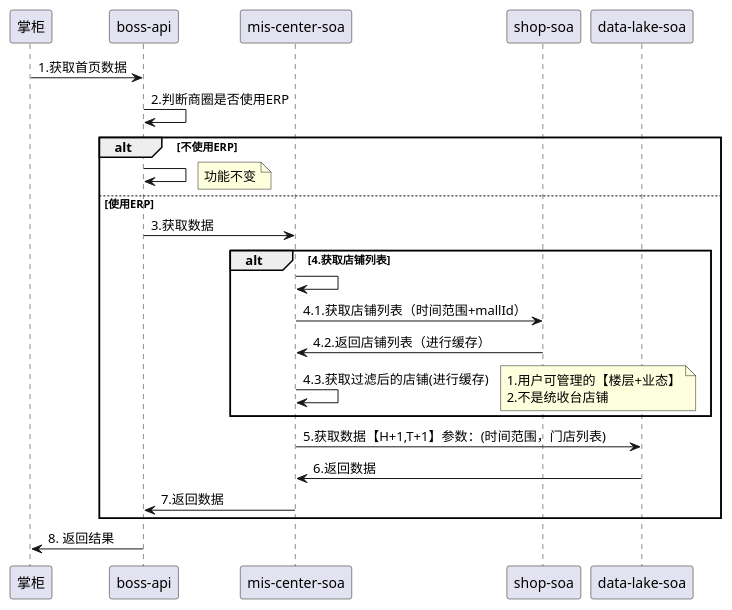
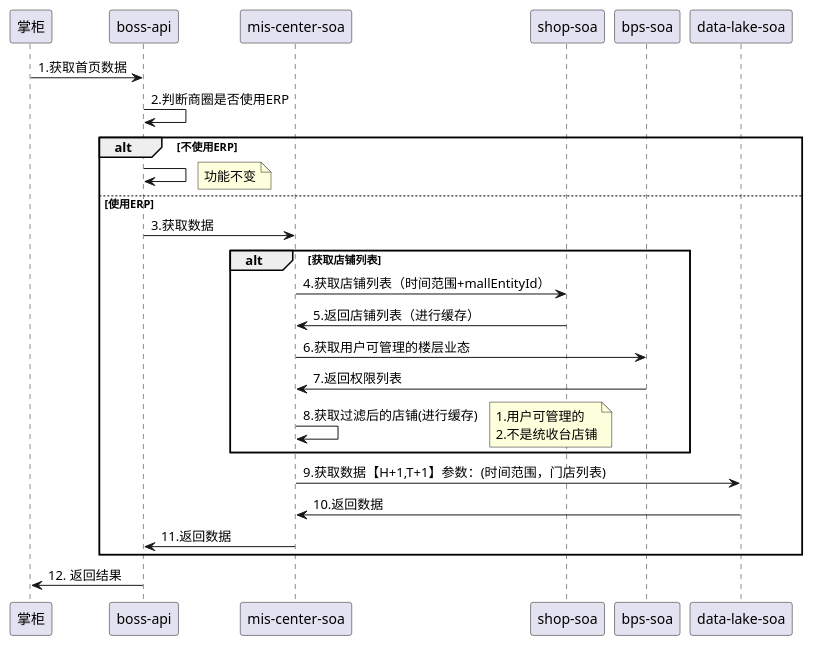
One commit to chenxingxing6/sourcecode changed the diagram in study-uml/src/uml/lxh2.puml. Above: the diagram before and after it, drawn with PlantUML.

Commit message:
架构设计时序图

```diff
--- a/study-uml/src/uml/lxh2.puml
+++ b/study-uml/src/uml/lxh2.puml
@@ -1,26 +1,27 @@
 @startuml
 掌柜 -> api as "boss-api": 1.获取首页数据
 api -> api : 2.判断商圈是否使用ERP
 alt 不使用ERP
     api -> api:
     note right
       功能不变
     end note
 else 使用ERP
     api -> mis as "mis-center-soa": 3.获取数据
-    alt 4.获取店铺列表
-        mis -> mis:
-         mis -> shop as "shop-soa" : 4.1.获取店铺列表（时间范围+mallId）
-         shop -> mis: 4.2.返回店铺列表（进行缓存）
-         mis -> mis: 4.3.获取过滤后的店铺(进行缓存)
+    alt 获取店铺列表
+         mis -> shop as "shop-soa" : 4.获取店铺列表（时间范围+mallEntityId）
+         shop -> mis: 5.返回店铺列表（进行缓存）
+         mis -> bps as "bps-soa": 6.获取用户可管理的楼层业态
+         bps -> mis:7.返回权限列表
+         mis -> mis: 8.获取过滤后的店铺(进行缓存)
          note right
-            1.用户可管理的【楼层+业态】
+            1.用户可管理的
             2.不是统收台店铺
          end note
     end
-    mis -> data as "data-lake-soa": 5.获取数据【H+1,T+1】参数：(时间范围，门店列表)
-    data -> mis: 6.返回数据
-    mis -> api: 7.返回数据
+    mis -> data as "data-lake-soa": 9.获取数据【H+1,T+1】参数：(时间范围，门店列表)
+    data -> mis: 10.返回数据
+    mis -> api: 11.返回数据
 end
-api -> 掌柜 : 8. 返回结果
+api -> 掌柜 : 12. 返回结果
 @enduml
```
